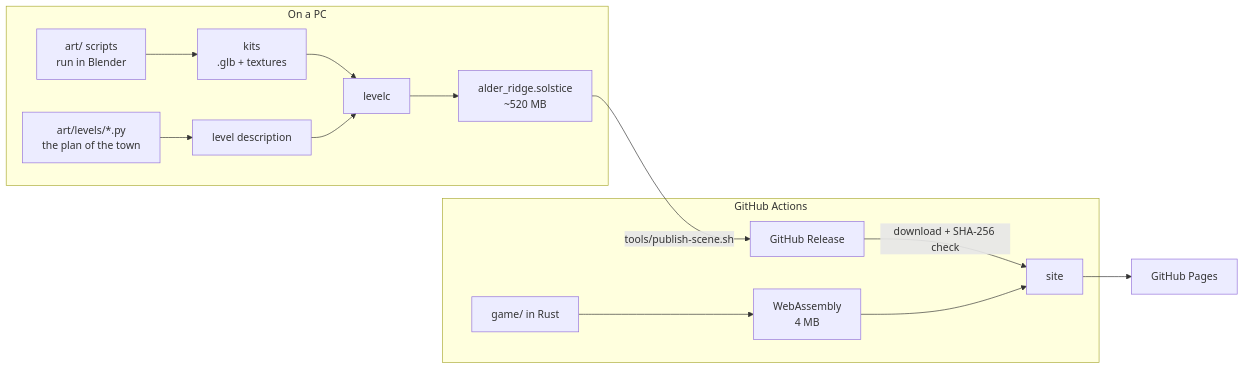
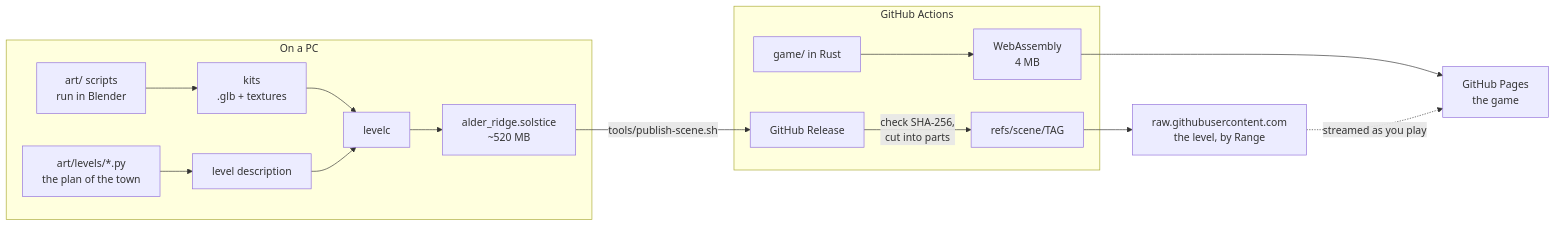
Before and after one commit to SamG-Coder/holdout: the diagram in README.md, drawn with Mermaid. The commit also changed other lines of this file and 6 other files, not shown here.

First line of the commit message:
Host the scene where it can be streamed, apart from the site

````diff
--- a/README.md
+++ b/README.md
@@ -82,17 +82,18 @@
 ```mermaid
 flowchart LR
   subgraph PC [On a PC]
     A["art/ scripts<br>run in Blender"] --> K["kits<br>.glb + textures"]
     P["art/levels/*.py<br>the plan of the town"] --> T["level description"]
     K --> C["levelc"]
     T --> C
     C --> S["alder_ridge.solstice<br>~520 MB"]
   end
   S -- "tools/publish-scene.sh" --> R["GitHub Release"]
   subgraph CI [GitHub Actions]
+    R -- "check SHA-256,<br>cut into parts" --> H["refs/scene/TAG"]
     G["game/ in Rust"] --> W["WebAssembly<br>4 MB"]
-    R -- "download + SHA-256 check" --> D["site"]
-    W --> D
   end
-  D --> GP["GitHub Pages"]
+  W --> GP["GitHub Pages<br>the game"]
+  H --> RAW["raw.githubusercontent.com<br>the level, by Range"]
+  RAW -. "streamed as you play" .-> GP
 ```
````
